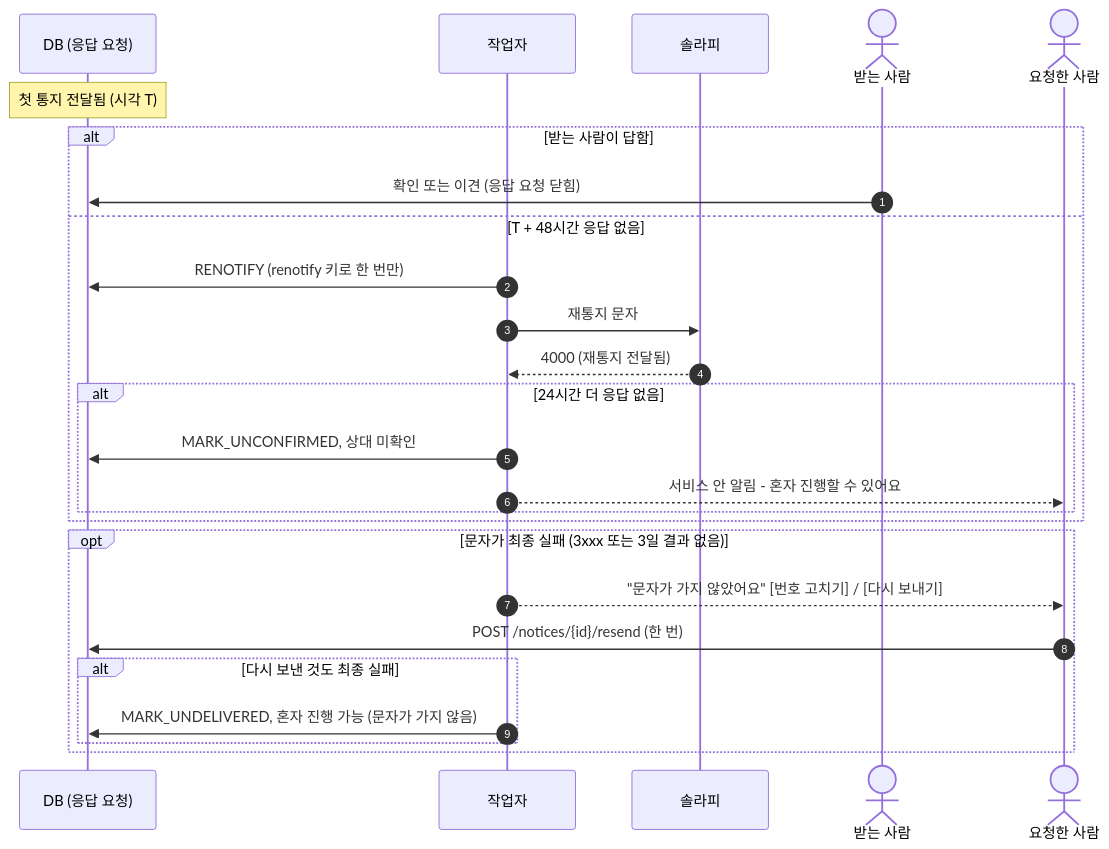
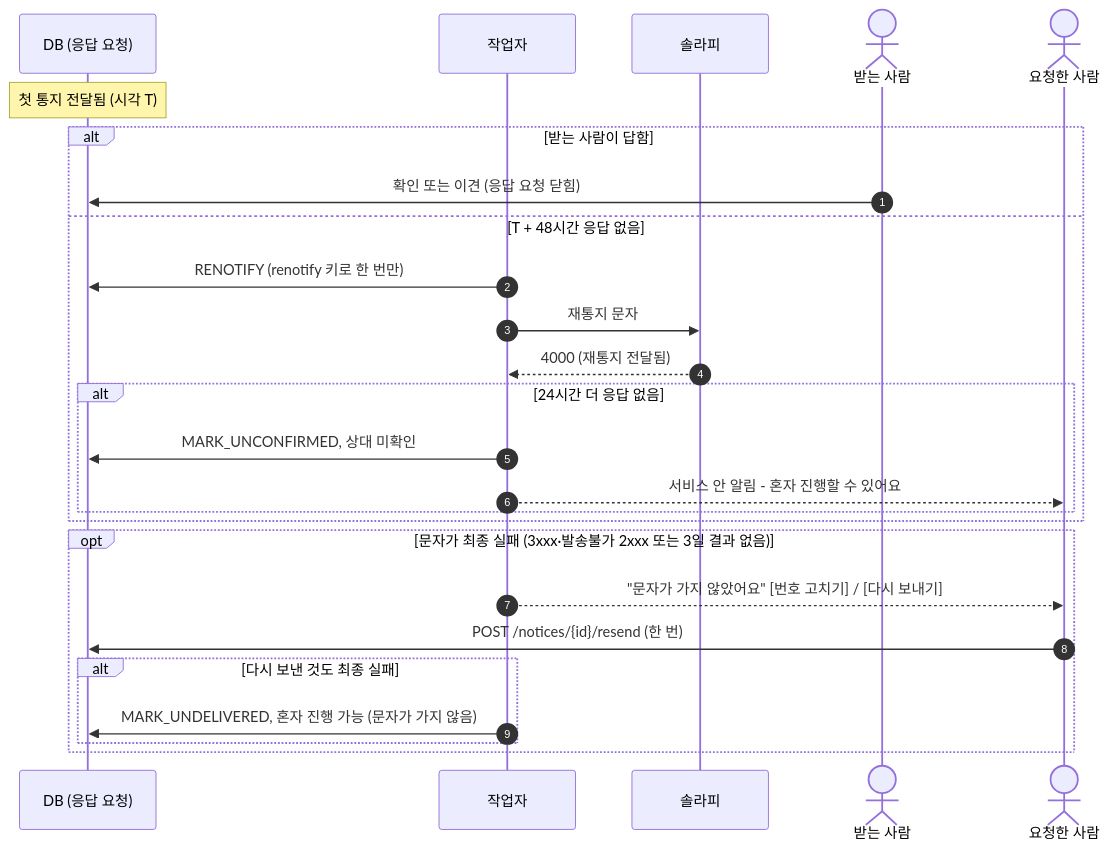
The third of 6 diagrams in docs/rules/06-요구사항-명세.md (prgrms-be-devcourse/NBE12-14-final-homestamp), drawn with Mermaid before and after one commit. The commit also changed other lines of this file and 5 other files, not shown here.

Commit message:
fix: 솔라피 발송불가 2xxx 결과를 실패로 처리

````diff
--- a/docs/rules/06-요구사항-명세.md
+++ b/docs/rules/06-요구사항-명세.md
@@ -2374,28 +2374,28 @@
 ```mermaid
 sequenceDiagram
     autonumber
     participant DB as DB (응답 요청)
     participant W as 작업자
     participant SOL as 솔라피
     actor R as 받는 사람
     actor Q as 요청한 사람
     Note over DB: 첫 통지 전달됨 (시각 T)
     alt 받는 사람이 답함
         R->>DB: 확인 또는 이견 (응답 요청 닫힘)
     else T + 48시간 응답 없음
         W->>DB: RENOTIFY (renotify 키로 한 번만)
         W->>SOL: 재통지 문자
         SOL-->>W: 4000 (재통지 전달됨)
         alt 24시간 더 응답 없음
             W->>DB: MARK_UNCONFIRMED, 상대 미확인
             W-->>Q: 서비스 안 알림 - 혼자 진행할 수 있어요
         end
     end
-    opt 문자가 최종 실패 (3xxx 또는 3일 결과 없음)
+    opt 문자가 최종 실패 (3xxx·발송불가 2xxx 또는 3일 결과 없음)
         W-->>Q: "문자가 가지 않았어요" [번호 고치기] / [다시 보내기]
         Q->>DB: POST /notices/{id}/resend (한 번)
         alt 다시 보낸 것도 최종 실패
             W->>DB: MARK_UNDELIVERED, 혼자 진행 가능 (문자가 가지 않음)
         end
     end
 ```
````
